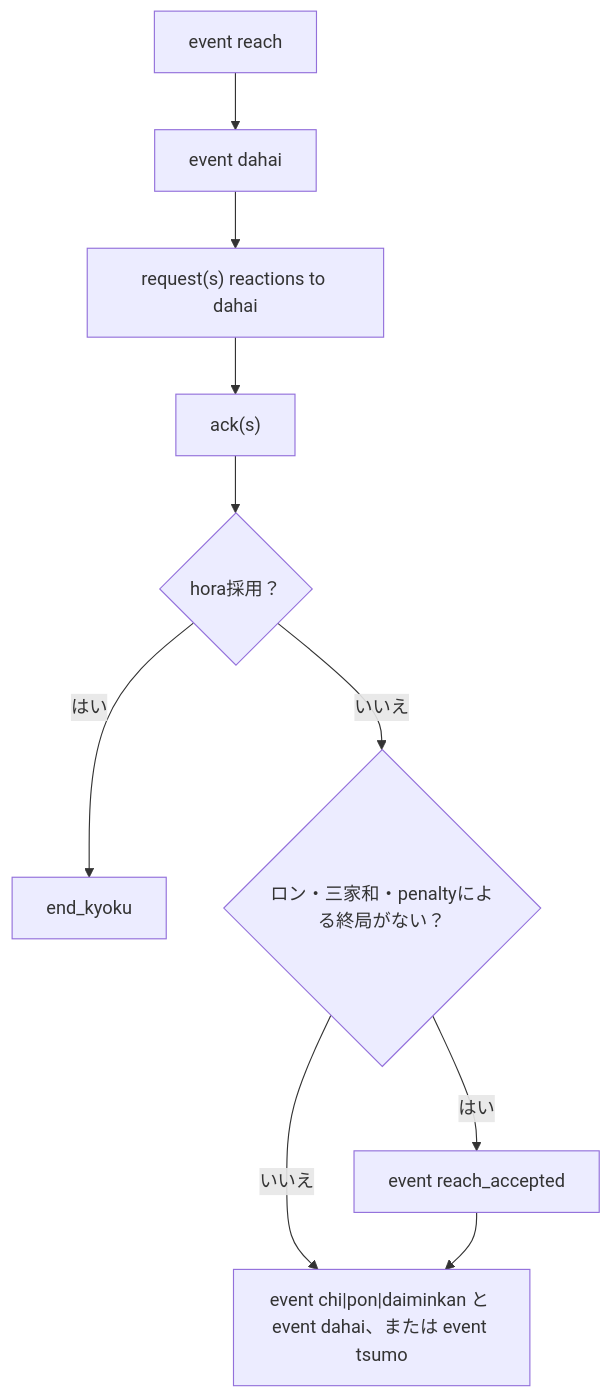
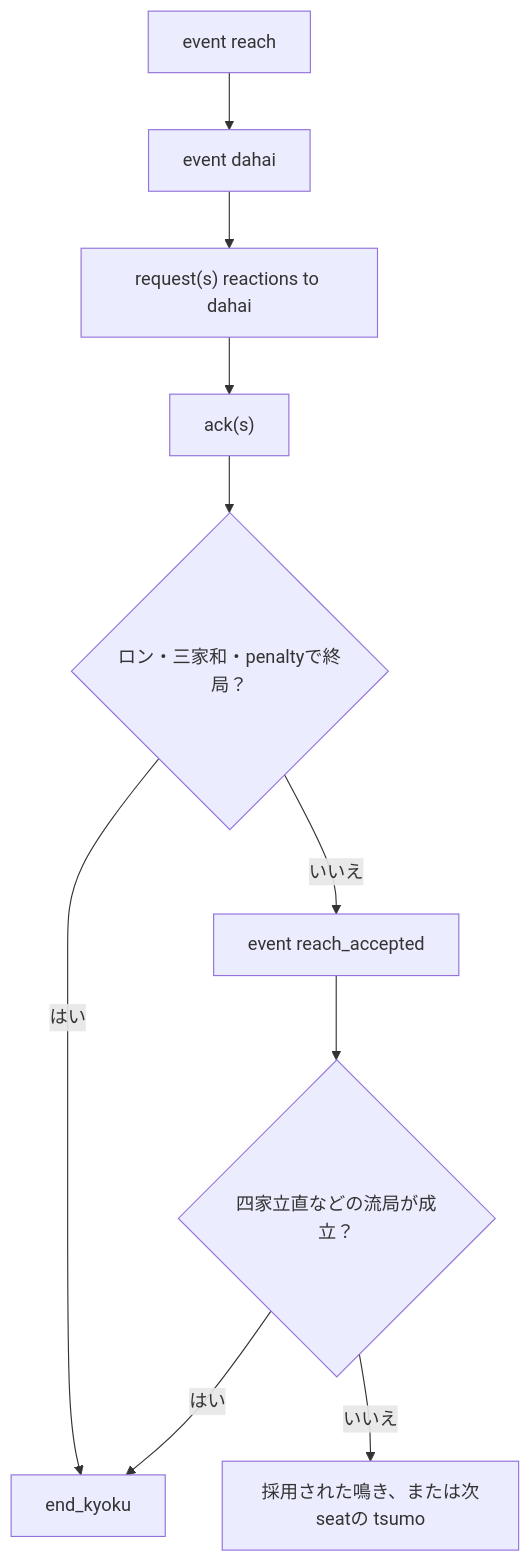
Before and after one commit to SuzumiyaAoba/YAMAI: the fifth of 7 diagrams in docs/yamai-protocol.md, drawn with Mermaid. The commit also changed other lines of this file and 36 other files, not shown here.

Commit message:
fix(protocol): resolve snapshot recovery and schema inconsistencies

````diff
--- a/docs/yamai-protocol.md
+++ b/docs/yamai-protocol.md
@@ -1676,12 +1684,12 @@
 ```mermaid
 flowchart TD
   A["event reach"] --> B["event dahai"]
   B --> C["request(s) reactions to dahai"]
   C --> D["ack(s)"]
-  D --> E{"hora採用？"}
+  D --> E{"ロン・三家和・penaltyで終局？"}
   E -->|はい| F["end_kyoku"]
-  E -->|いいえ| G{"ロン・三家和・penaltyによる終局がない？"}
-  G -->|はい| H["event reach_accepted"]
-  G -->|いいえ| I["event chi|pon|daiminkan と event dahai、または event tsumo"]
-  H --> I
+  E -->|いいえ| H["event reach_accepted"]
+  H --> G{"四家立直などの流局が成立？"}
+  G -->|はい| F
+  G -->|いいえ| I["採用された鳴き、または次seatの tsumo"]
 ```
````
